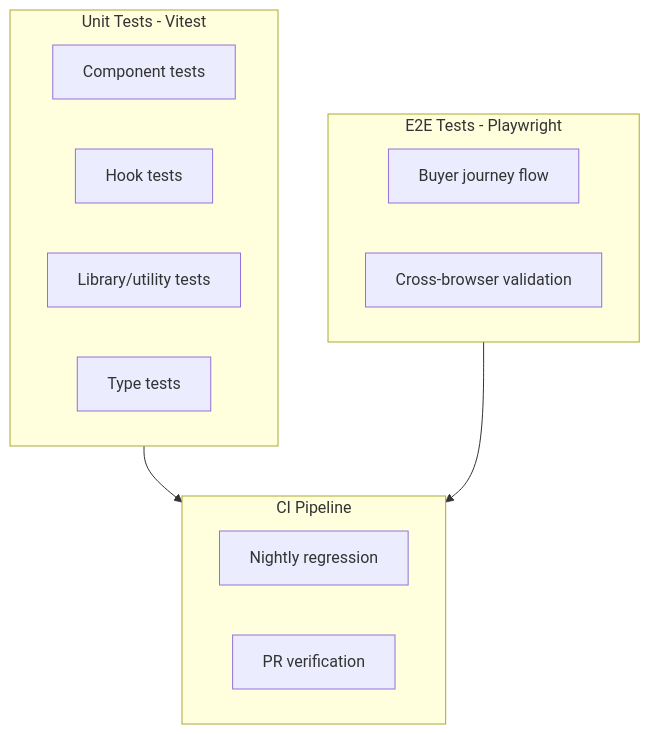
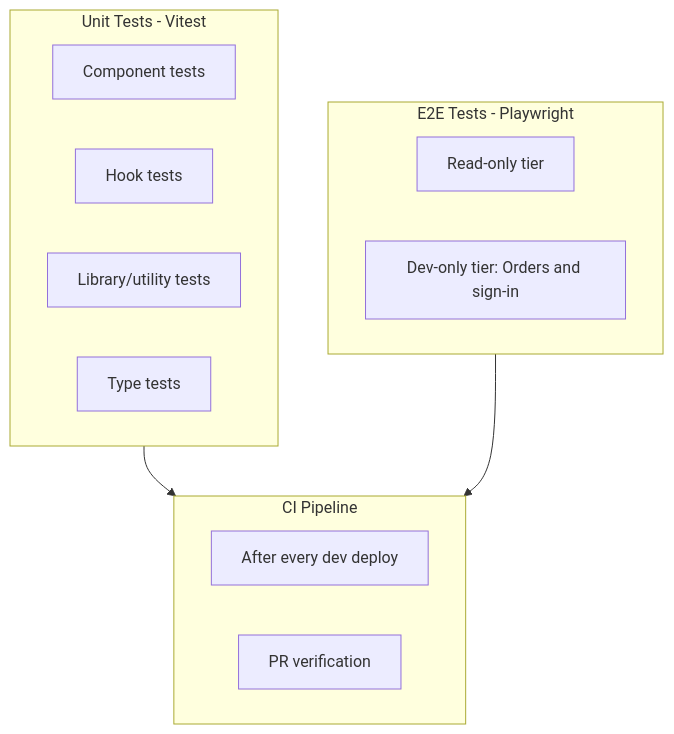
The first of 2 diagrams in docs/06-testing.md (JasdeepN/house-of-mornii-shop), drawn with Mermaid before and after one commit. The commit also changed other lines of this file and 8 other files, not shown here.

````diff
--- a/docs/06-testing.md
+++ b/docs/06-testing.md
@@ -7,22 +7,22 @@
 ```mermaid
 graph TB
     subgraph Unit["Unit Tests - Vitest"]
         Components[Component tests]
         Hooks[Hook tests]
         Lib[Library/utility tests]
         Types[Type tests]
     end
 
     subgraph E2E["E2E Tests - Playwright"]
-        BuyerJourney[Buyer journey flow]
-        CrossBrowser[Cross-browser validation]
+        ReadOnly[Read-only tier]
+        DevOnly[Dev-only tier: Orders and sign-in]
     end
 
     subgraph CI["CI Pipeline"]
-        Nightly[Nightly regression]
+        DevDeploy[After every dev deploy]
         PR[PR verification]
     end
 
     Unit --> CI
     E2E --> CI
 ```
````
